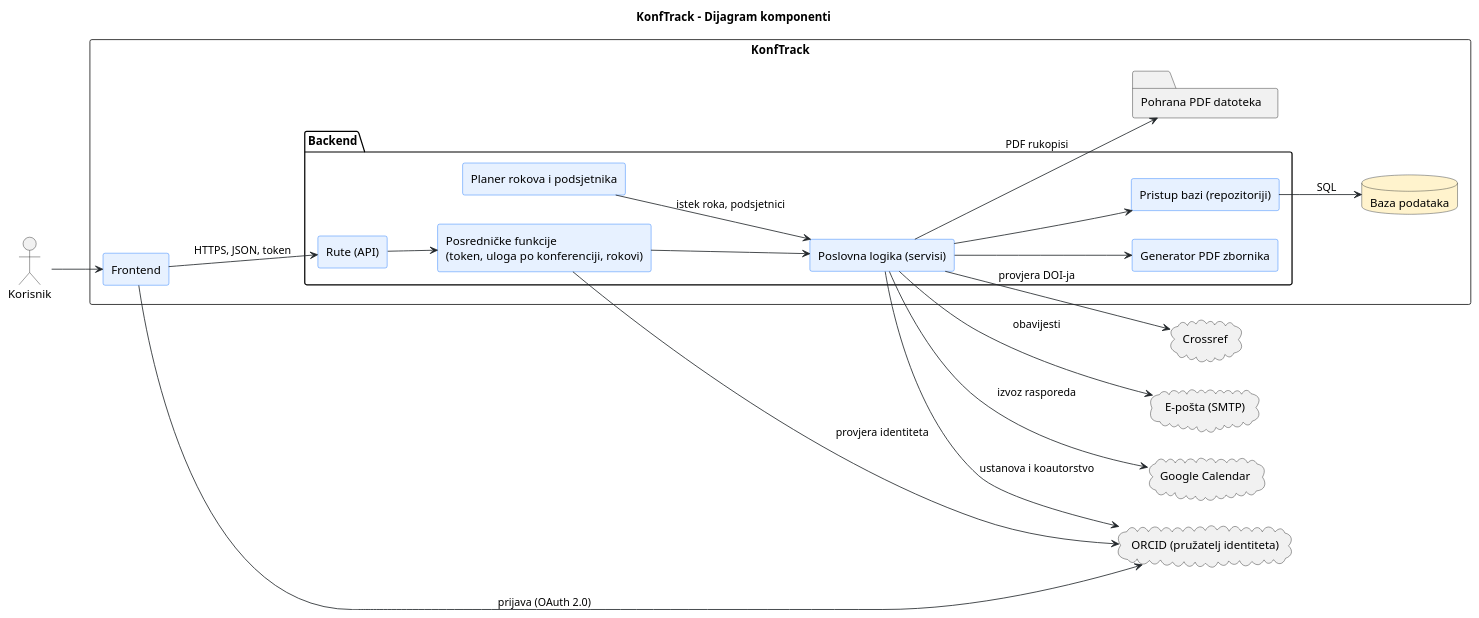
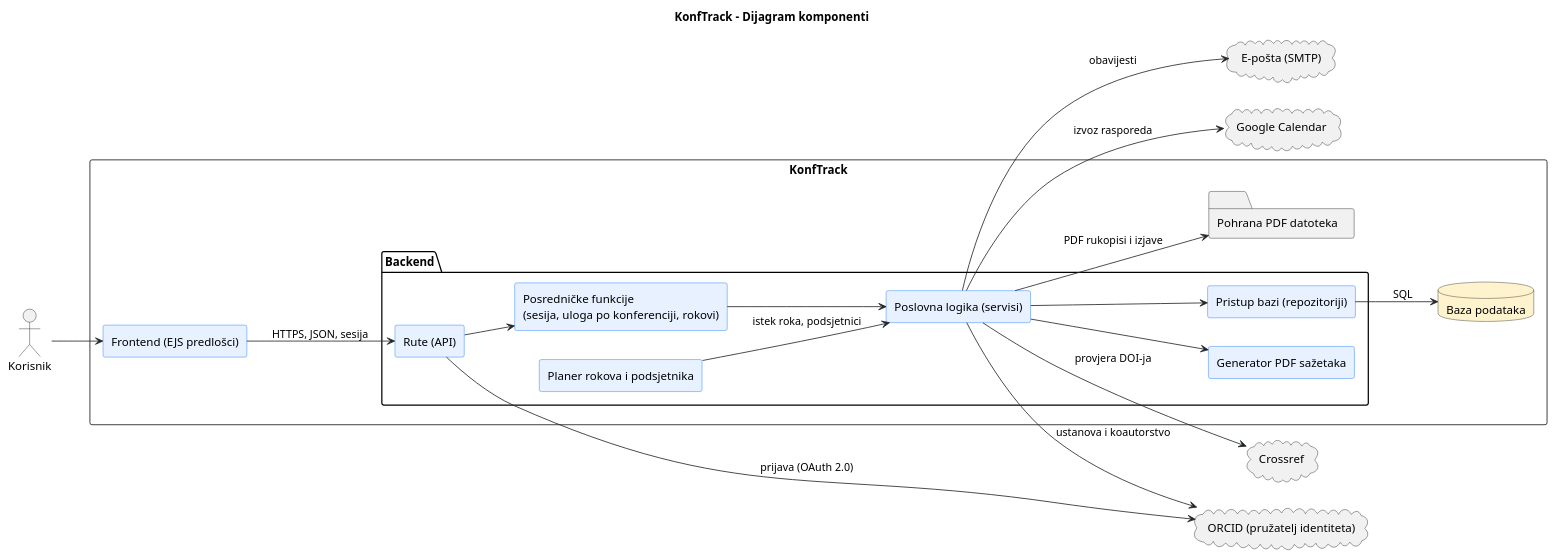
The diagram in docs/puml/4-1-konftrack-system-CMP.puml (MatejCuric/KonfTrack-Grupa-12.1), drawn with PlantUML before and after one commit. The commit also changed 2 other files, not shown here.

```diff
--- a/docs/puml/4-1-konftrack-system-CMP.puml
+++ b/docs/puml/4-1-konftrack-system-CMP.puml
@@ -19,60 +19,56 @@
 @startuml
 title KonfTrack - Dijagram komponenti
 actor Korisnik
 left to right direction
 
 skinparam shadowing false
 skinparam defaultFontName Arial
 skinparam componentStyle rectangle
 skinparam ArrowColor #212529
 
 skinparam component {
     BackgroundColor #E7F1FF
     BorderColor #0D6EFD
 }
 
 skinparam database {
     BackgroundColor #FFF3CD
     BorderColor #212529
 }
 
-' ==============================================================================
-' Granica sustava i unutarnje komponente
-' ==============================================================================
 
 rectangle "KonfTrack" {
-    [Frontend] as FE
+    [Frontend (EJS predlošci)] as FE
     package "Backend" {
        [Rute (API)] as RUTE
-       [Posredničke funkcije\n(token, uloga po konferenciji, rokovi)] as MW
+       [Posredničke funkcije\n(sesija, uloga po konferenciji, rokovi)] as MW
        [Poslovna logika (servisi)] as BL
        [Planer rokova i podsjetnika] as SCH
-       [Generator PDF zbornika] as PDF
+       [Generator PDF sažetaka] as PDF
        [Pristup bazi (repozitoriji)] as DAL
     }
     database "Baza podataka" as DB
     folder "Pohrana PDF datoteka" as FS
 }
 
 cloud "ORCID (pružatelj identiteta)" as IDP
 cloud "Crossref" as CR
 cloud "E-pošta (SMTP)" as SMTP
 cloud "Google Calendar" as GC
 
 Korisnik --> FE
-FE --> RUTE: HTTPS, JSON, token
-FE --> IDP : prijava (OAuth 2.0)
+FE --> RUTE: HTTPS, JSON, sesija
+RUTE --> IDP : prijava (OAuth 2.0)
 RUTE --> MW
 MW --> BL
-MW --> IDP : provjera identiteta
 BL --> DAL
 BL --> PDF
 SCH --> BL : istek roka, podsjetnici
 DAL --> DB : SQL
-BL --> FS : PDF rukopisi
+BL --> FS : PDF rukopisi i izjave
 BL --> IDP : ustanova i koautorstvo
 BL --> CR : provjera DOI-ja
 BL --> SMTP : obavijesti
 BL --> GC : izvoz rasporeda
 
 @enduml
```
